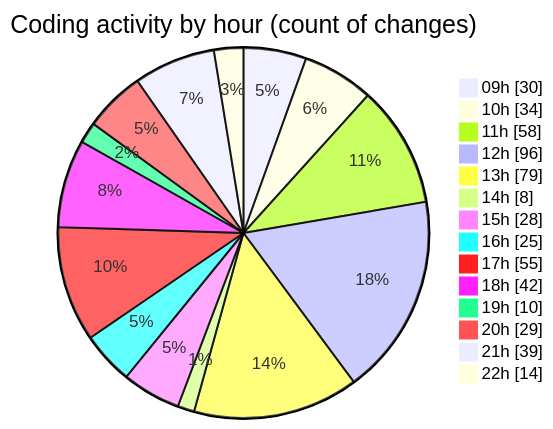
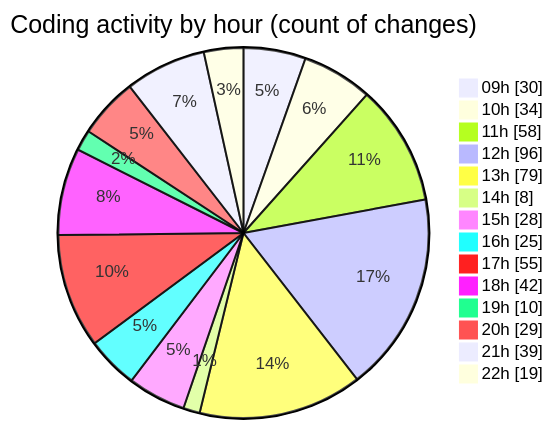
The second of 2 diagrams in 2025-04-02/cda/README.md (momahboobian/code-tracking), drawn with Mermaid before and after one commit. The commit also changed other lines of this file and 1 other file, not shown here.

````diff
--- a/2025-04-02/cda/README.md
+++ b/2025-04-02/cda/README.md
@@ -40,18 +40,18 @@
 ```mermaid
 pie showData
 title Coding activity by hour (count of changes)
 "09h" : 30
 "10h" : 34
 "11h" : 58
 "12h" : 96
 "13h" : 79
 "14h" : 8
 "15h" : 28
 "16h" : 25
 "17h" : 55
 "18h" : 42
 "19h" : 10
 "20h" : 29
 "21h" : 39
-"22h" : 14
+"22h" : 19
 ```
````
